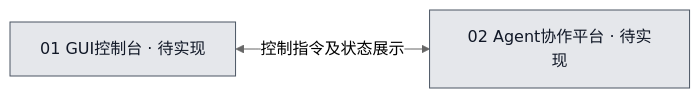
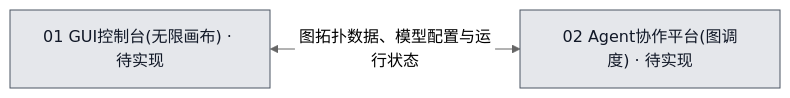
Before and after one commit to xax0826-source/agent-cli-: the diagram in 流程图/00-整体总览.mmd, drawn with Mermaid (neutral theme). The commit also changed 6 other files, not shown here.

First line of the commit message:
docs: update architecture design with infinite canvas concept

```diff
--- a/流程图/00-整体总览.mmd
+++ b/流程图/00-整体总览.mmd
@@ -1,9 +1,9 @@
 %% diagram-id: 00
 %% view: target
 %% node-doc: N01 = ./01-GUI控制台/01-GUI控制台总文档.md
 %% node-doc: N02 = ./02-Agent协作平台/02-Agent协作平台总文档.md
 flowchart LR
-    N01["01 GUI控制台 · 待实现"] <-->|控制指令及状态展示| N02["02 Agent协作平台 · 待实现"]
+    N01["01 GUI控制台(无限画布) · 待实现"] <-->|图拓扑数据、模型配置与运行状态| N02["02 Agent协作平台(图调度) · 待实现"]
     classDef pending fill:#e5e7eb,stroke:#4b5563,color:#111827;
     class N01 pending;
     class N02 pending;
```
